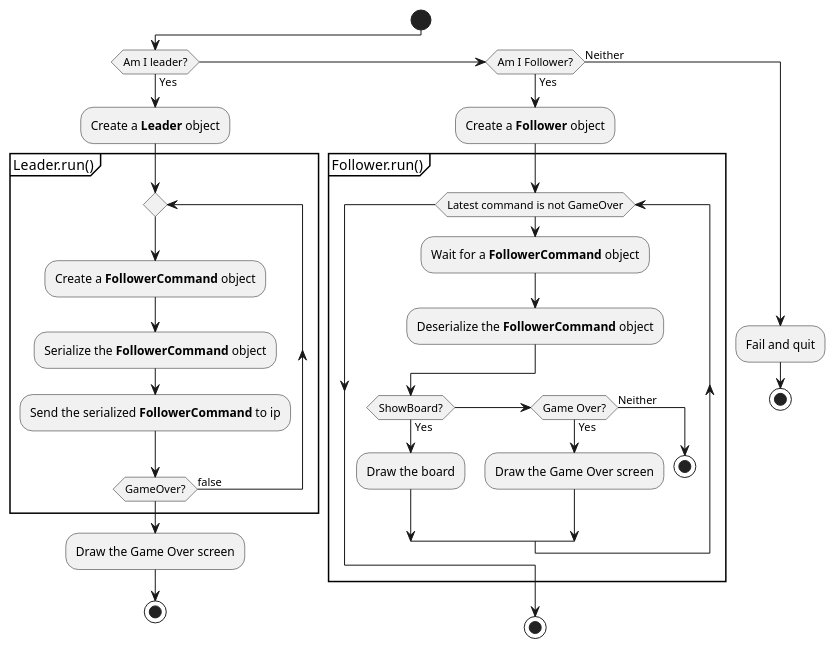
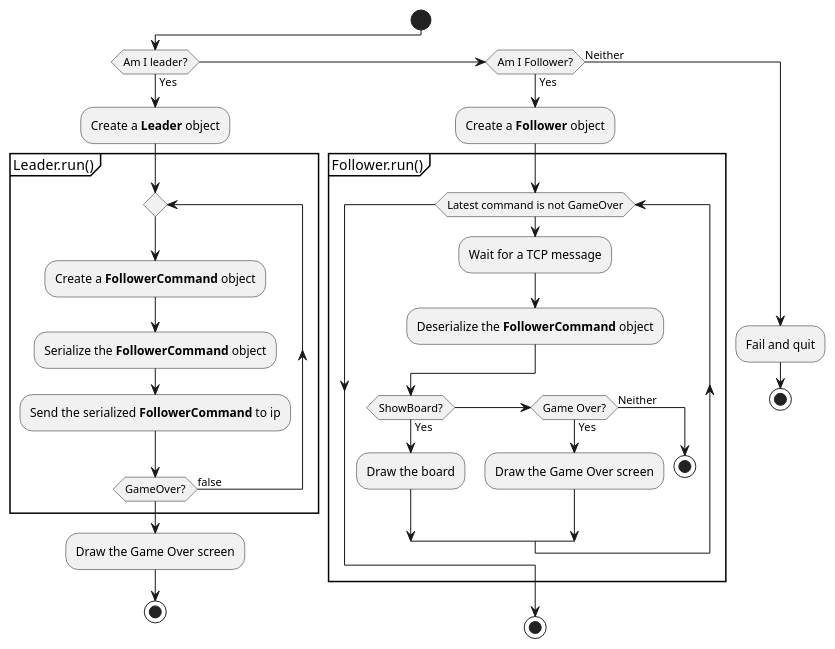
One commit to mikkelbjoern/tcp_infinity_snake changed the diagram in executionFlow.pu. Above: the diagram before and after it, drawn with PlantUML. The commit also changed 3 other files, not shown here.

```diff
--- a/executionFlow.pu
+++ b/executionFlow.pu
@@ -1,38 +1,38 @@
 @startuml
 
 start
 
 if (Am I leader?) then (Yes)
     :Create a **Leader** object;
     partition Leader.run() {
         repeat
         :Create a **FollowerCommand** object;
         :Serialize the **FollowerCommand** object;
         :Send the serialized **FollowerCommand** to ip;
         repeat while (GameOver?) is (false)
     }
     :Draw the Game Over screen;
     stop
 else if (Am I Follower?) then (Yes)
     :Create a **Follower** object;
     partition Follower.run() {
         while (Latest command is not GameOver)
-        :Wait for a **FollowerCommand** object;
+        :Wait for a TCP message;
         :Deserialize the **FollowerCommand** object;
         if (ShowBoard?) then (Yes)
             :Draw the board;
         else if (Game Over?) then (Yes)
             :Draw the Game Over screen;
         else (Neither)
             stop
         endif
         endwhile
     }
     stop
 else (Neither)
     :Fail and quit;
     stop
 endif
 
 
 @enduml
```
